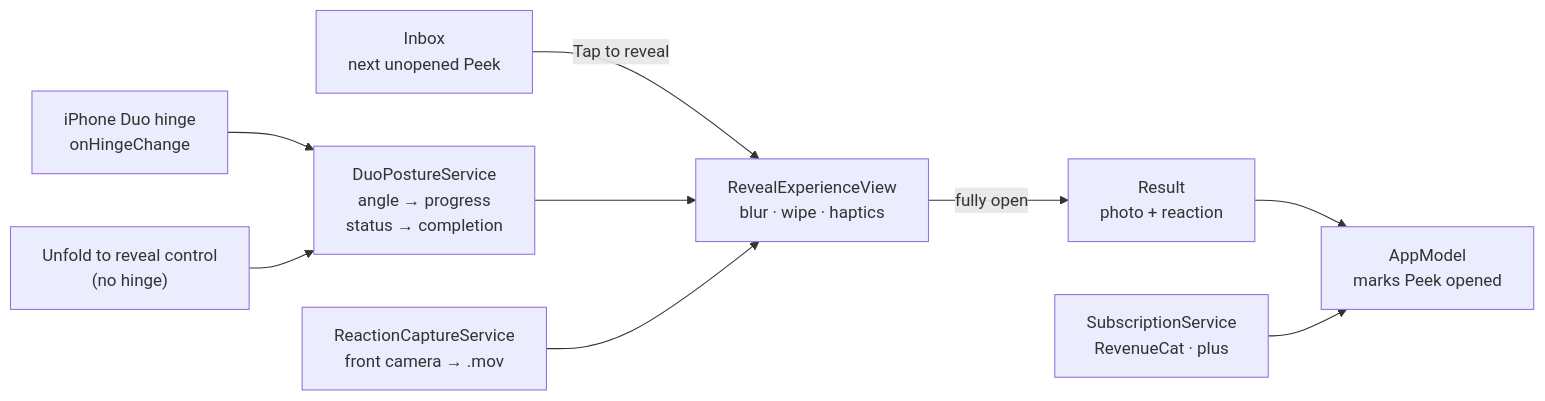
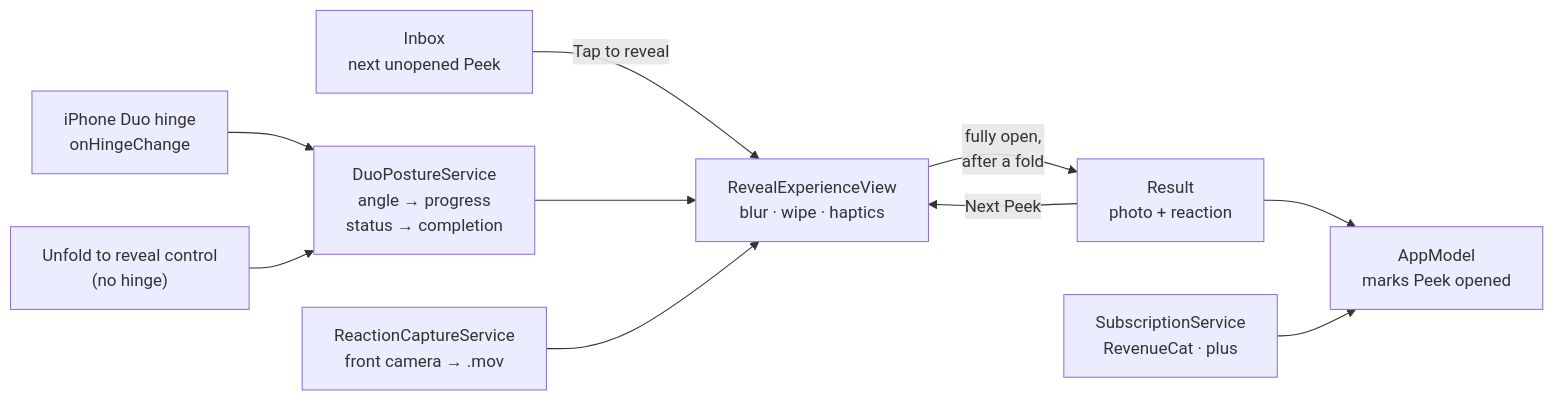
One commit to taranggoyal70/Peek changed the diagram in README.md. Above: the diagram before and after it, drawn with Mermaid. The commit also changed other lines of this file and 6 other files, not shown here.

First line of the commit message:
Update the README with the full screen flow and the new behavior

````diff
--- a/README.md
+++ b/README.md
@@ -48,11 +68,12 @@
 ```mermaid
 flowchart LR
     Inbox["Inbox<br/>next unopened Peek"] -->|"Tap to reveal"| Reveal
     Hinge["iPhone Duo hinge<br/>onHingeChange"] --> Posture
     Demo["Unfold to reveal control<br/>(no hinge)"] --> Posture
     Posture["DuoPostureService<br/>angle → progress<br/>status → completion"] --> Reveal
     Camera["ReactionCaptureService<br/>front camera → .mov"] --> Reveal
-    Reveal["RevealExperienceView<br/>blur · wipe · haptics"] -->|"fully open"| Result["Result<br/>photo + reaction"]
+    Reveal["RevealExperienceView<br/>blur · wipe · haptics"] -->|"fully open,<br/>after a fold"| Result["Result<br/>photo + reaction"]
+    Result -->|"Next Peek"| Reveal
     Result --> Model["AppModel<br/>marks Peek opened"]
     RC["SubscriptionService<br/>RevenueCat · plus"] --> Model
 ```
````
